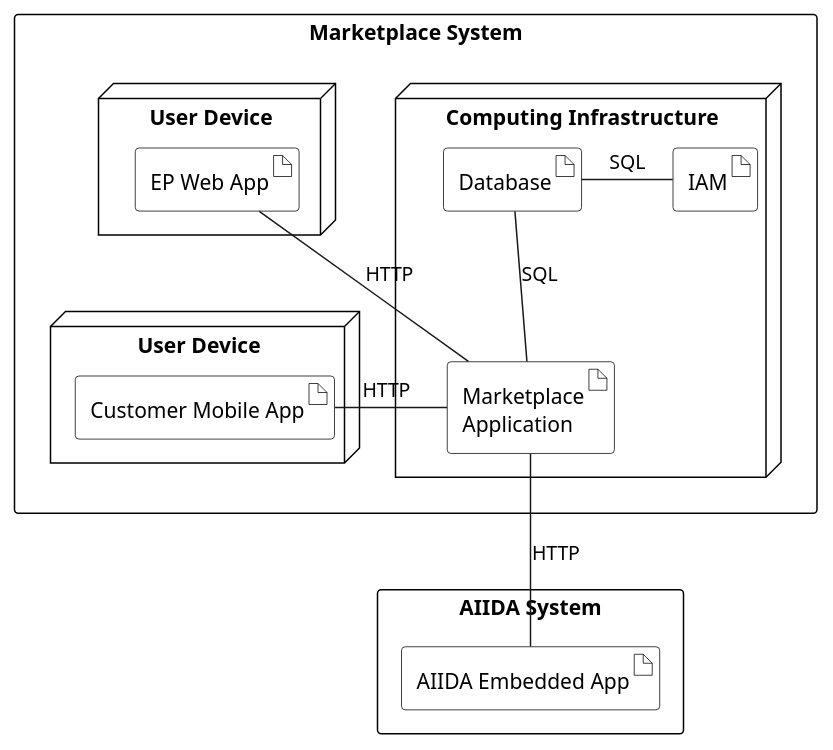
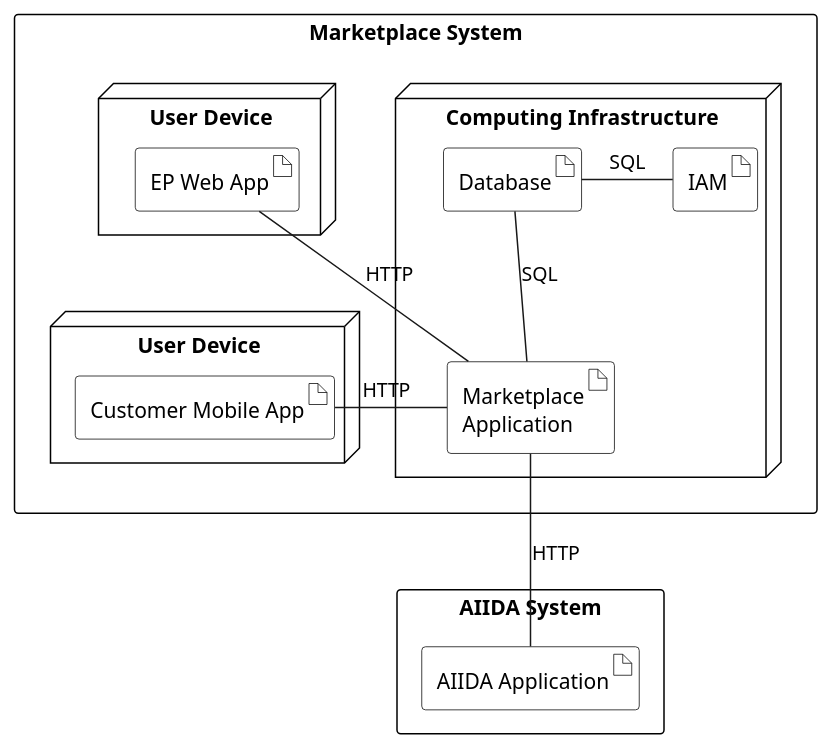
The diagram in arc42/marketplace/deployment-view/figures/deployment-diagram-option-1.puml (eddie-energy/architecture), drawn with PlantUML before and after one commit. The commit also changed 9 other files, not shown here.

Commit message:
Part of #120: Replace embedded app with application everywhere

```diff
--- a/arc42/marketplace/deployment-view/figures/deployment-diagram-option-1.puml
+++ b/arc42/marketplace/deployment-view/figures/deployment-diagram-option-1.puml
@@ -1,47 +1,47 @@
 @startuml deployment-diagram-marketplace
 
 ' skinparam linetype ortho
 skinparam artifact{
   BorderColor black
   BackgroundColor transparent
 }
 skinparam rectangle{
   BorderColor black
   BackgroundColor transparent
 }
 skinparam node{
   BorderColor black
   BackgroundColor transparent
 }
 
 rectangle "Marketplace System" {
   node "Computing Infrastructure" as local {    
     artifact "Marketplace\nApplication" as marketplace
     artifact "Database" as database
     artifact "IAM" as iam
 
     database -down- marketplace : SQL
     database -right- iam : SQL
   }
 node "User Device" as cust {
     artifact "Customer Mobile App" as customer
 }
 node "User Device" as elpa {
     artifact "EP Web App" as ep
 }
 ep -down[hidden]- customer
 }
 
 rectangle "AIIDA System" {
-  artifact "AIIDA Embedded App" as aiida
+  artifact "AIIDA Application" as aiida
 }
 
 
 ep -right- marketplace : HTTP
 customer -right- marketplace : "HTTP  "
 
 marketplace -down- aiida : HTTP
 
 
   
 @enduml
```
